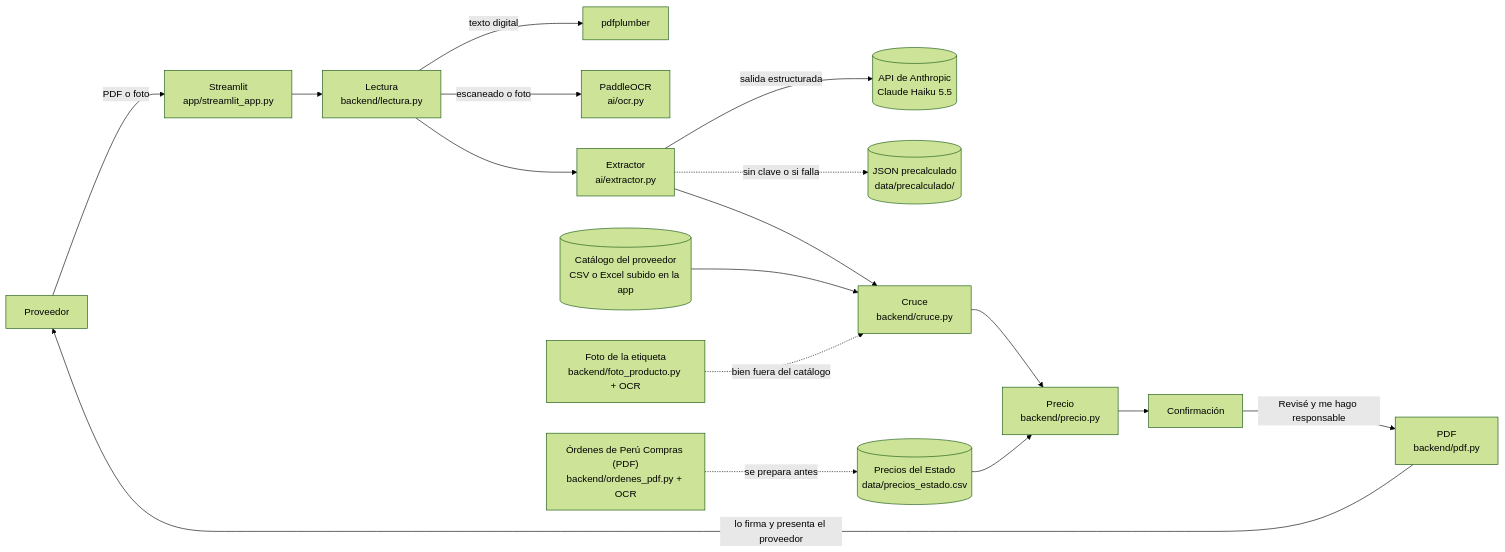
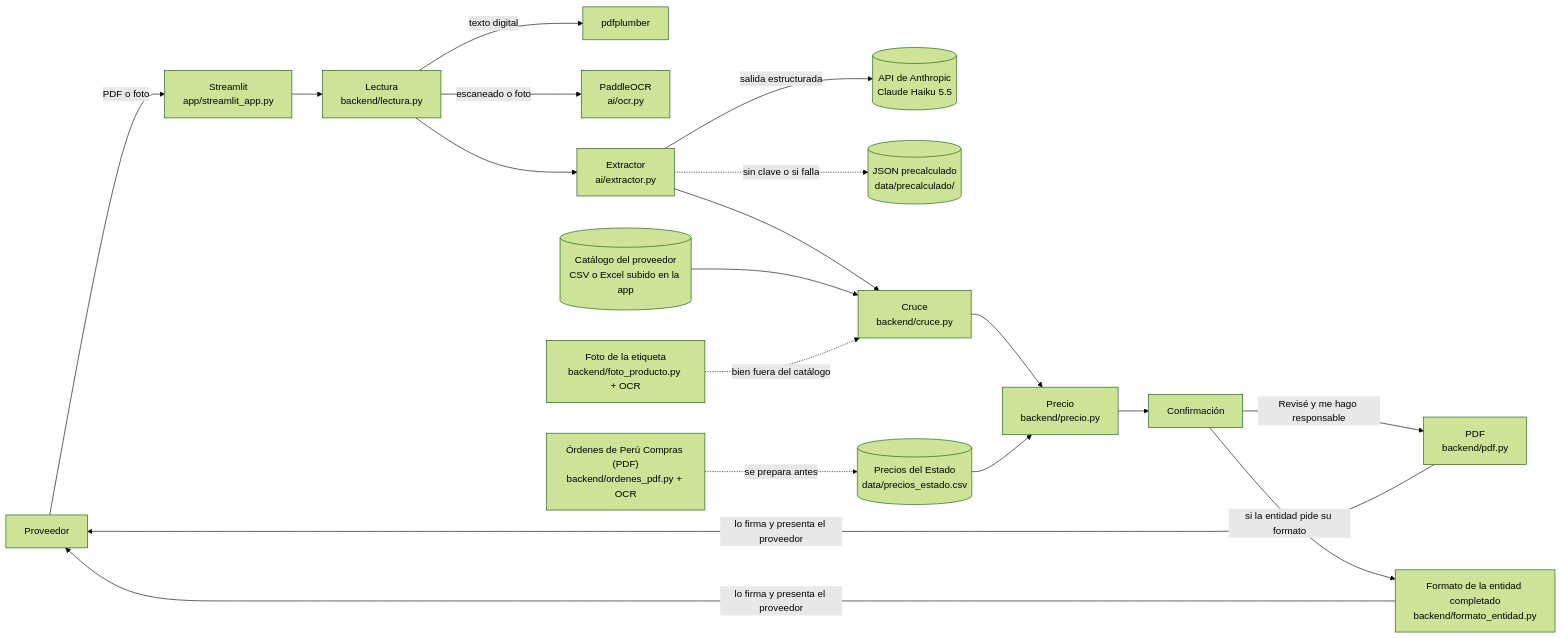
Before and after one commit to IvettexMamani/Cotizador_digital: the diagram in README.md, drawn with Mermaid (forest theme). The commit also changed other lines of this file and 13 other files, not shown here.

First line of the commit message:
Completar el formato de la entidad (solicitud SIGA) sobre el PDF original

````diff
--- a/README.md
+++ b/README.md
@@ -94,19 +100,21 @@
 ```mermaid
 flowchart LR
     U["Proveedor"] -->|"PDF o foto"| APP["Streamlit<br/>app/streamlit_app.py"]
     APP --> LEC["Lectura<br/>backend/lectura.py"]
     LEC -->|"texto digital"| PDFP["pdfplumber"]
     LEC -->|"escaneado o foto"| OCR["PaddleOCR<br/>ai/ocr.py"]
     LEC --> EXT["Extractor<br/>ai/extractor.py"]
     EXT -->|"salida estructurada"| LLM[("API de Anthropic<br/>Claude Haiku 5.5")]
     EXT -.->|"sin clave o si falla"| JSON[("JSON precalculado<br/>data/precalculado/")]
     EXT --> CRU["Cruce<br/>backend/cruce.py"]
     CAT[("Catálogo del proveedor<br/>CSV o Excel subido en la app")] --> CRU
     FOTO["Foto de la etiqueta<br/>backend/foto_producto.py + OCR"] -.->|"bien fuera del catálogo"| CRU
     CRU --> PRE["Precio<br/>backend/precio.py"]
     EST[("Precios del Estado<br/>data/precios_estado.csv")] --> PRE
     OC["Órdenes de Perú Compras (PDF)<br/>backend/ordenes_pdf.py + OCR"] -.->|"se prepara antes"| EST
     PRE --> CON["Confirmación"]
     CON -->|"Revisé y me hago responsable"| PDF["PDF<br/>backend/pdf.py"]
+    CON -->|"si la entidad pide su formato"| FMT["Formato de la entidad completado<br/>backend/formato_entidad.py"]
+    FMT -->|"lo firma y presenta el proveedor"| U
     PDF -->|"lo firma y presenta el proveedor"| U
 ```
````
